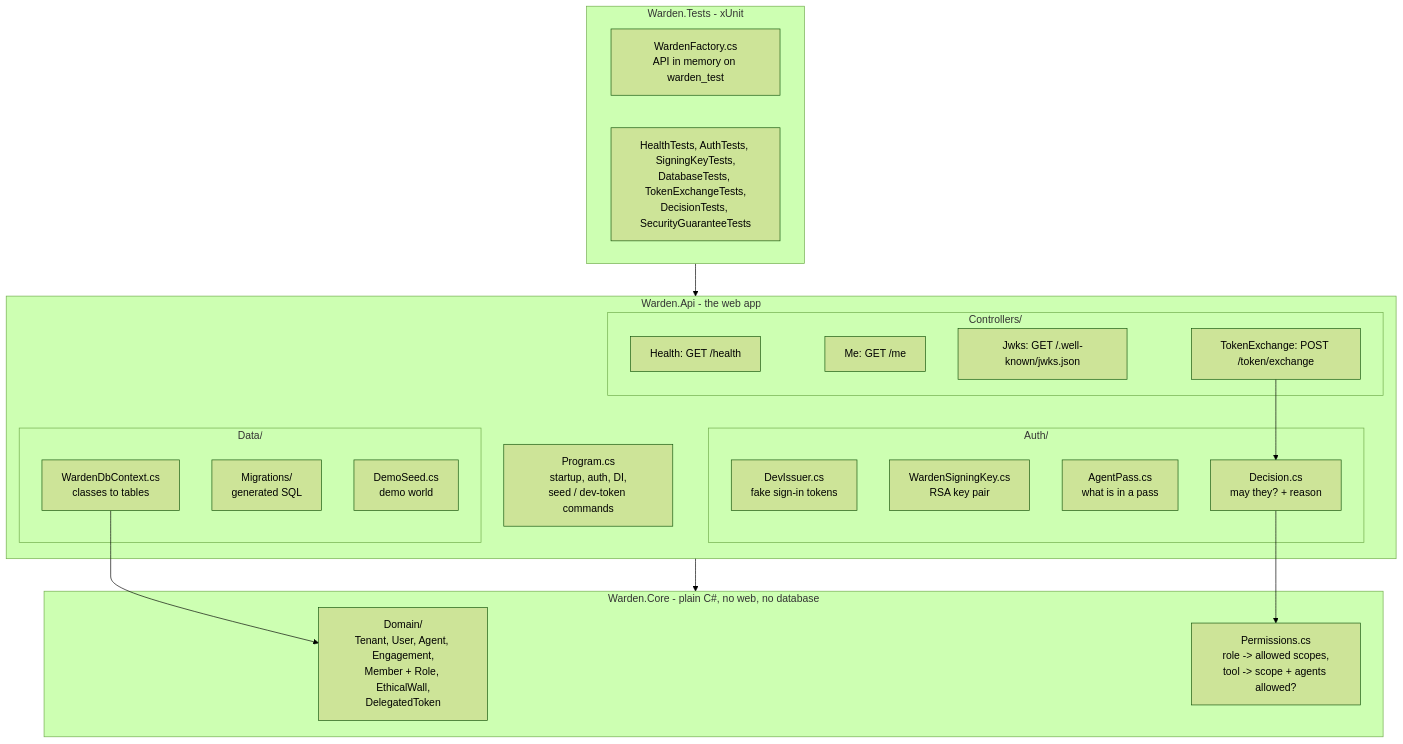
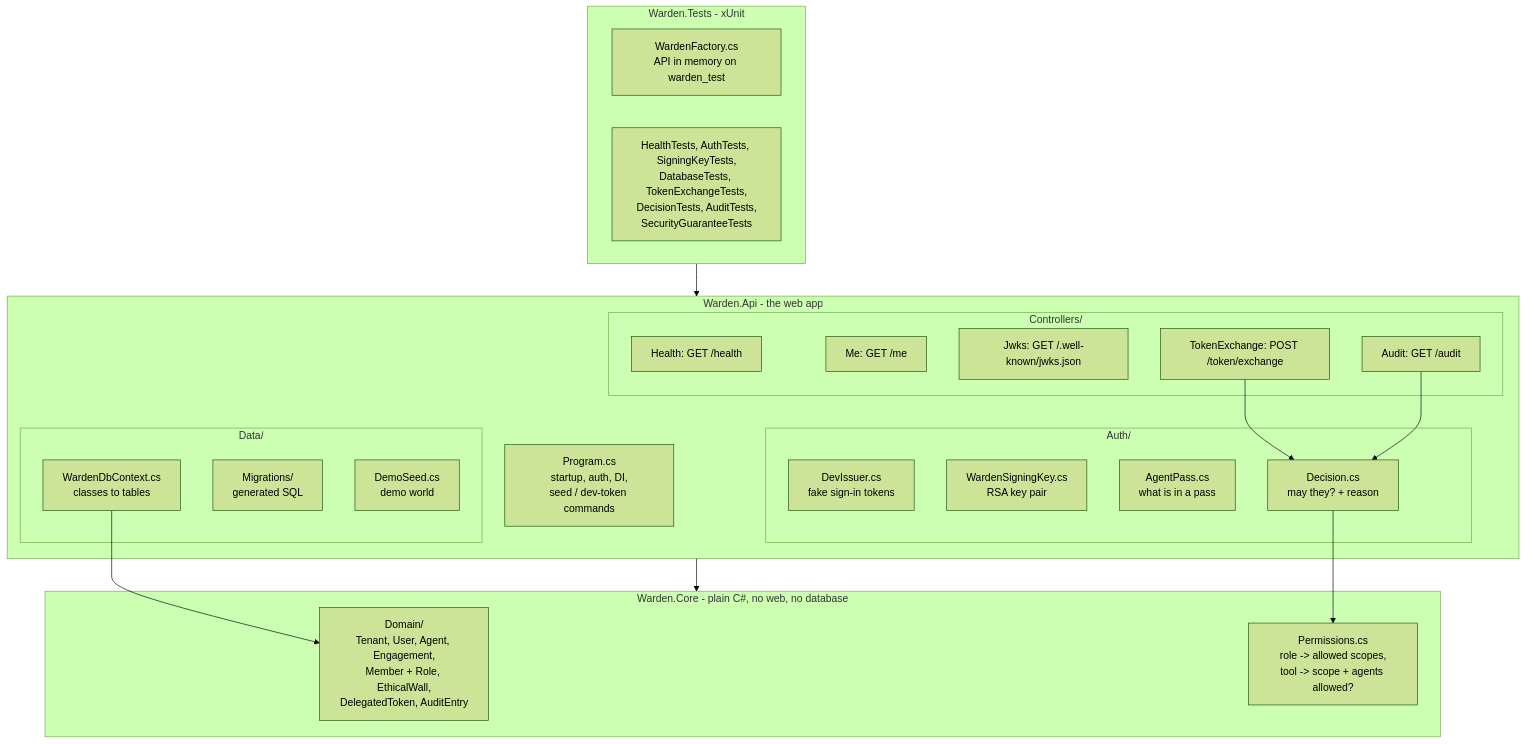
One commit to musishere/Warden-tickmark changed the second of 16 diagrams in warden/docs/how-it-works.md. Above: the diagram before and after it, drawn with Mermaid (forest theme). The commit also changed other lines of this file and 11 other files, not shown here.

Commit message:
feat: Add append-only audit log and GET /audit (step 8)

````diff
--- a/warden/docs/how-it-works.md
+++ b/warden/docs/how-it-works.md
@@ -46,36 +48,38 @@
 ```mermaid
 flowchart TB
     subgraph Core[Warden.Core - plain C#, no web, no database]
-        Domain[Domain/<br/>Tenant, User, Agent, Engagement,<br/>Member + Role, EthicalWall,<br/>DelegatedToken]
+        Domain[Domain/<br/>Tenant, User, Agent, Engagement,<br/>Member + Role, EthicalWall,<br/>DelegatedToken, AuditEntry]
         Perm[Permissions.cs<br/>role -> allowed scopes,<br/>tool -> scope + agents allowed?]
     end
     subgraph Api[Warden.Api - the web app]
         Prog[Program.cs<br/>startup, auth, DI,<br/>seed / dev-token commands]
         subgraph Data[Data/]
             Ctx[WardenDbContext.cs<br/>classes to tables]
             Mig[Migrations/<br/>generated SQL]
             Seed[DemoSeed.cs<br/>demo world]
         end
         subgraph AuthF[Auth/]
             Dev[DevIssuer.cs<br/>fake sign-in tokens]
             Key[WardenSigningKey.cs<br/>RSA key pair]
             Pass[AgentPass.cs<br/>what is in a pass]
             Dec[Decision.cs<br/>may they? + reason]
         end
         subgraph Ctrl[Controllers/]
             H[Health: GET /health]
             Me[Me: GET /me]
             J[Jwks: GET /.well-known/jwks.json]
             T[TokenExchange: POST /token/exchange]
+            Au[Audit: GET /audit]
         end
     end
     subgraph Tests[Warden.Tests - xUnit]
         F[WardenFactory.cs<br/>API in memory on warden_test]
-        TT[HealthTests, AuthTests, SigningKeyTests,<br/>DatabaseTests, TokenExchangeTests,<br/>DecisionTests, SecurityGuaranteeTests]
+        TT[HealthTests, AuthTests, SigningKeyTests,<br/>DatabaseTests, TokenExchangeTests,<br/>DecisionTests, AuditTests,<br/>SecurityGuaranteeTests]
     end
     Api --> Core
     Tests --> Api
     Ctx --> Domain
     T --> Dec
     Dec --> Perm
+    Au --> Dec
 ```
````
